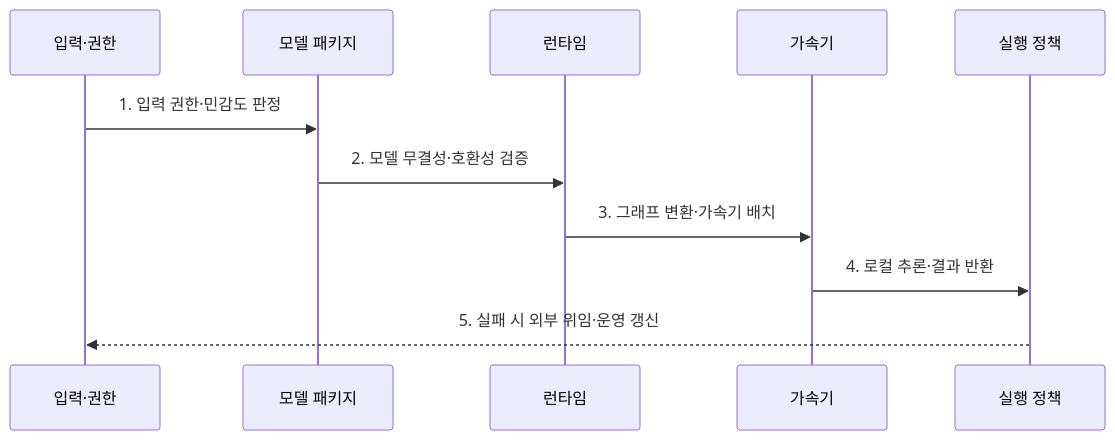
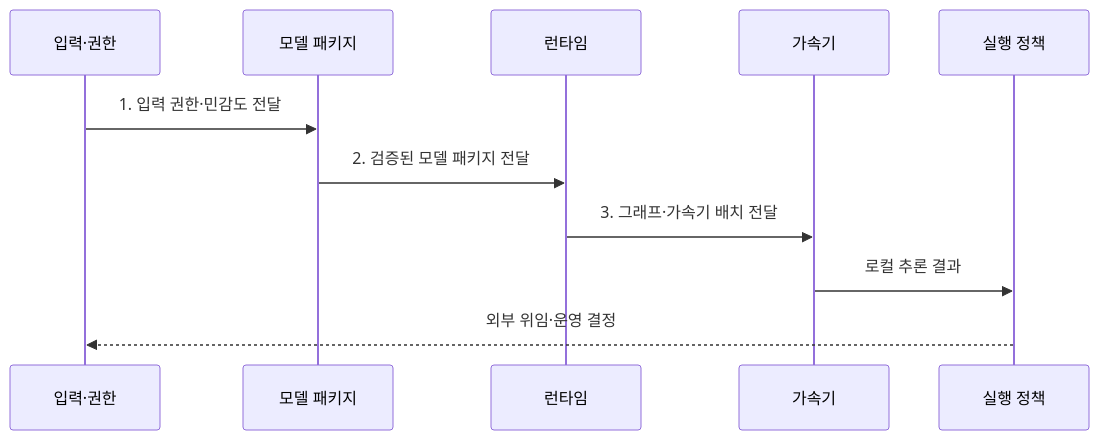
The second of 2 diagrams in src/content/docs/notes/08-latest-tech/050_on_device_ai.md (agnusdei1207/knowledge-base), drawn with Mermaid before and after one commit. The commit also changed other lines of this file and 225 other files, not shown here.

````diff
--- a/src/content/docs/notes/08-latest-tech/050_on_device_ai.md
+++ b/src/content/docs/notes/08-latest-tech/050_on_device_ai.md
@@ -78,13 +78,13 @@
 ```mermaid
 sequenceDiagram
     participant I as 입력·권한
     participant P as 모델 패키지
     participant R as 런타임
     participant A as 가속기
     participant O as 실행 정책
-    I->>P: 1. 입력 권한·민감도 판정
-    P->>R: 2. 모델 무결성·호환성 검증
-    R->>A: 3. 그래프 변환·가속기 배치
-    A->>O: 4. 로컬 추론·결과 반환
-    O-->>I: 5. 실패 시 외부 위임·운영 갱신
+    I->>P: 1. 입력 권한·민감도 전달
+    P->>R: 2. 검증된 모델 패키지 전달
+    R->>A: 3. 그래프·가속기 배치 전달
+    A->>O: 로컬 추론 결과
+    O-->>I: 외부 위임·운영 결정
 ```
````
